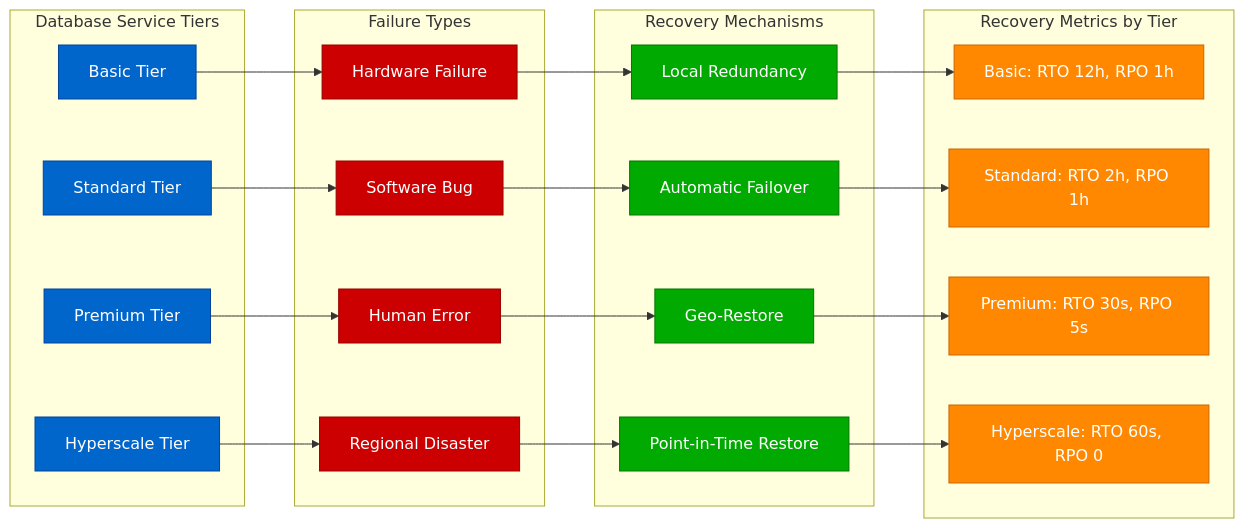
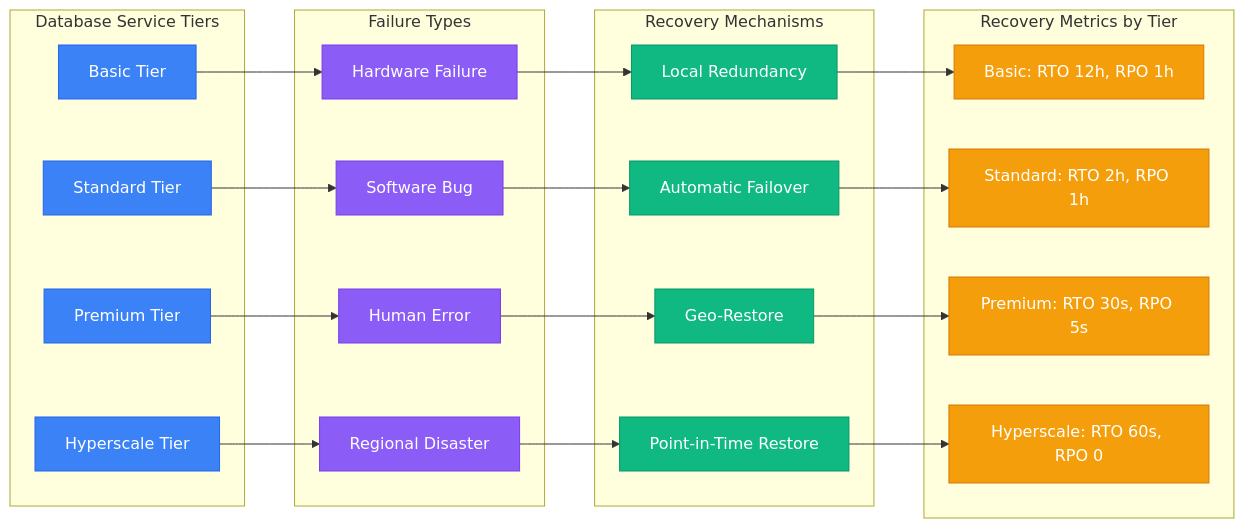
One commit to deepaucksharma/DS changed the seventh of 10 diagrams in site/docs/systems/microsoft/failure-domains.md. Above: the diagram before and after it, drawn with Mermaid. The commit also changed other lines of this file and 303 other files, not shown here.

````diff
--- a/site/docs/systems/microsoft/failure-domains.md
+++ b/site/docs/systems/microsoft/failure-domains.md
@@ -368,58 +368,58 @@
 ```mermaid
 graph LR
     subgraph DatabaseTiers[Database Service Tiers]
         BASIC_TIER[Basic Tier]
         STANDARD_TIER[Standard Tier]
         PREMIUM_TIER[Premium Tier]
         HYPERSCALE_TIER[Hyperscale Tier]
     end
 
     subgraph FailureTypes[Failure Types]
         HARDWARE_FAILURE[Hardware Failure]
         SOFTWARE_BUG[Software Bug]
         HUMAN_ERROR[Human Error]
         REGIONAL_DISASTER[Regional Disaster]
     end
 
     subgraph RecoveryMechanisms[Recovery Mechanisms]
         LOCAL_REDUNDANCY[Local Redundancy]
         AUTO_FAILOVER[Automatic Failover]
         GEO_RESTORE[Geo-Restore]
         POINT_IN_TIME[Point-in-Time Restore]
     end
 
     subgraph RecoveryMetrics[Recovery Metrics by Tier]
         BASIC_RTO[Basic: RTO 12h, RPO 1h]
         STANDARD_RTO[Standard: RTO 2h, RPO 1h]
         PREMIUM_RTO[Premium: RTO 30s, RPO 5s]
         HYPERSCALE_RTO[Hyperscale: RTO 60s, RPO 0]
     end
 
     %% Tier to failure mapping
     BASIC_TIER --> HARDWARE_FAILURE
     STANDARD_TIER --> SOFTWARE_BUG
     PREMIUM_TIER --> HUMAN_ERROR
     HYPERSCALE_TIER --> REGIONAL_DISASTER
 
     %% Failure to recovery mapping
     HARDWARE_FAILURE --> LOCAL_REDUNDANCY
     SOFTWARE_BUG --> AUTO_FAILOVER
     HUMAN_ERROR --> GEO_RESTORE
     REGIONAL_DISASTER --> POINT_IN_TIME
 
     %% Recovery to metrics mapping
     LOCAL_REDUNDANCY --> BASIC_RTO
     AUTO_FAILOVER --> STANDARD_RTO
     GEO_RESTORE --> PREMIUM_RTO
     POINT_IN_TIME --> HYPERSCALE_RTO
 
-    classDef tierStyle fill:#0066CC,stroke:#004499,color:#fff
-    classDef failureStyle fill:#CC0000,stroke:#990000,color:#fff
-    classDef recoveryStyle fill:#00AA00,stroke:#007700,color:#fff
-    classDef metricsStyle fill:#FF8800,stroke:#CC6600,color:#fff
+    classDef tierStyle fill:#3B82F6,stroke:#2563EB,color:#fff
+    classDef failureStyle fill:#8B5CF6,stroke:#7C3AED,color:#fff
+    classDef recoveryStyle fill:#10B981,stroke:#059669,color:#fff
+    classDef metricsStyle fill:#F59E0B,stroke:#D97706,color:#fff
 
     class BASIC_TIER,STANDARD_TIER,PREMIUM_TIER,HYPERSCALE_TIER tierStyle
     class HARDWARE_FAILURE,SOFTWARE_BUG,HUMAN_ERROR,REGIONAL_DISASTER failureStyle
     class LOCAL_REDUNDANCY,AUTO_FAILOVER,GEO_RESTORE,POINT_IN_TIME recoveryStyle
     class BASIC_RTO,STANDARD_RTO,PREMIUM_RTO,HYPERSCALE_RTO metricsStyle
 ```
````
